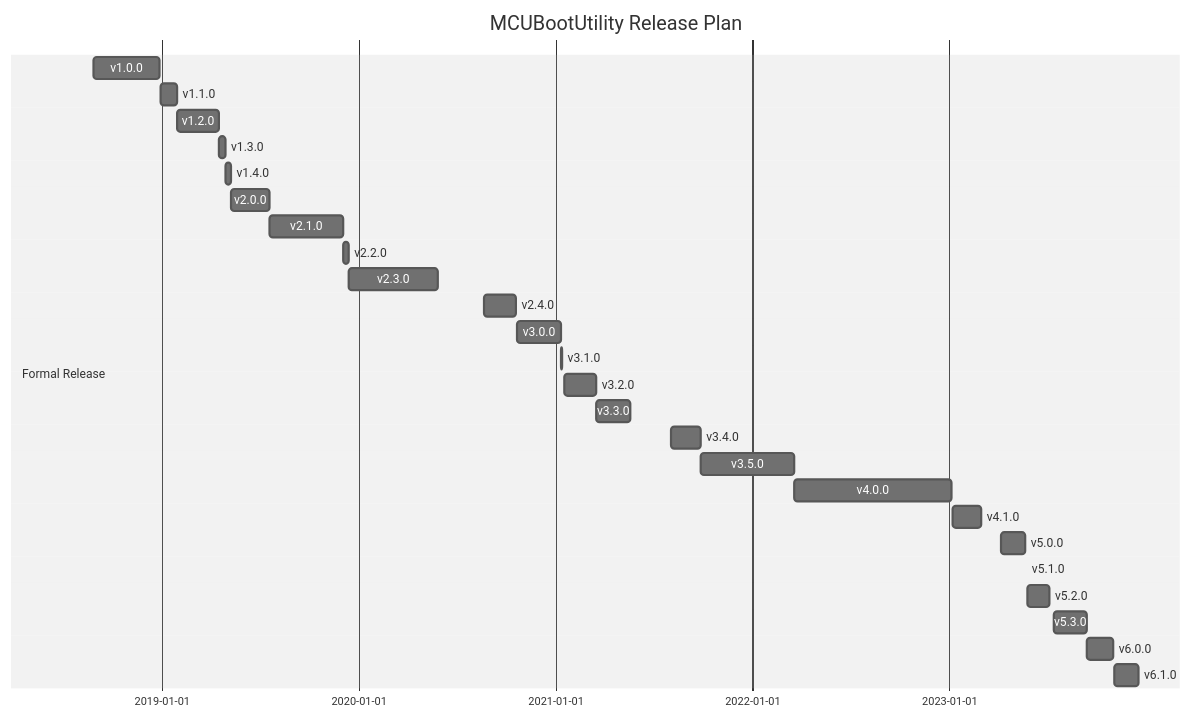
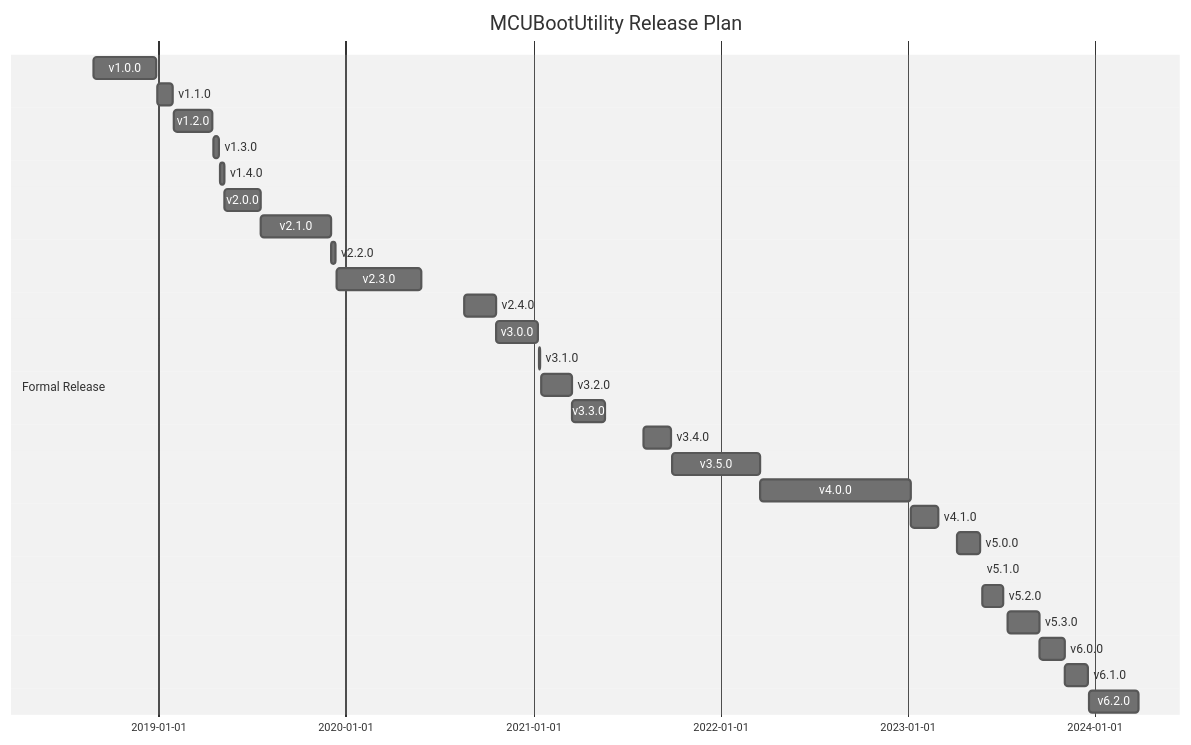
The diagram in README-zh.md (JayHeng/NXP-MCUBootUtility), drawn with Mermaid (neutral theme) before and after one commit. The commit also changed other lines of this file and 47 other files, not shown here.

````diff
--- a/README-zh.md
+++ b/README-zh.md
@@ -1,30 +1,31 @@
 ``` mermaid
 gantt
     title MCUBootUtility Release Plan
     dateFormat  YYYY-MM-DD
     section Formal Release
     v1.0.0           :a1, 2018-08-27, 2018-12-28
     v1.1.0           :a2, 2018-12-29, 2019-01-29
     v1.2.0           :a3, 2019-01-30, 2019-04-16
     v1.3.0           :a4, 2019-04-17, 2019-04-29
     v1.4.0           :a5, 2019-04-30, 2019-05-09
     v2.0.0           :a6, 2019-05-10, 2019-07-19
     v2.1.0           :a7, 2019-07-20, 2019-12-03
     v2.2.0           :a8, 2019-12-04, 2019-12-13
     v2.3.0           :a9, 2019-12-14, 2020-05-28
     v2.4.0           :a10, 2020-08-20, 2020-10-20
     v3.0.0           :a11, 2020-10-21, 2021-01-10
     v3.1.0           :a12, 2021-01-11, 2021-01-13
     v3.2.0           :a13, 2021-01-16, 2021-03-17
     v3.3.0           :a14, 2021-03-18, 2021-05-20
     v3.4.0           :a15, 2021-08-03, 2021-09-27
     v3.5.0           :a16, 2021-09-28, 2022-03-19
     v4.0.0           :a17, 2022-03-20, 2023-01-06
     v4.1.0           :a18, 2023-01-07, 2023-03-02
     v5.0.0           :a19, 2023-04-07, 2023-05-23
     v5.1.0           :a20, 2023-05-24, 2023-05-25
     v5.2.0           :a21, 2023-05-26, 2023-07-07
     v5.3.0           :a22, 2023-07-15, 2023-09-14
     v6.0.0           :a23, 2023-09-15, 2023-11-03
     v6.1.0           :a24, 2023-11-04, 2023-12-19
+    v6.2.0           :a24, 2023-12-20, 2024-03-26
 ```
````
